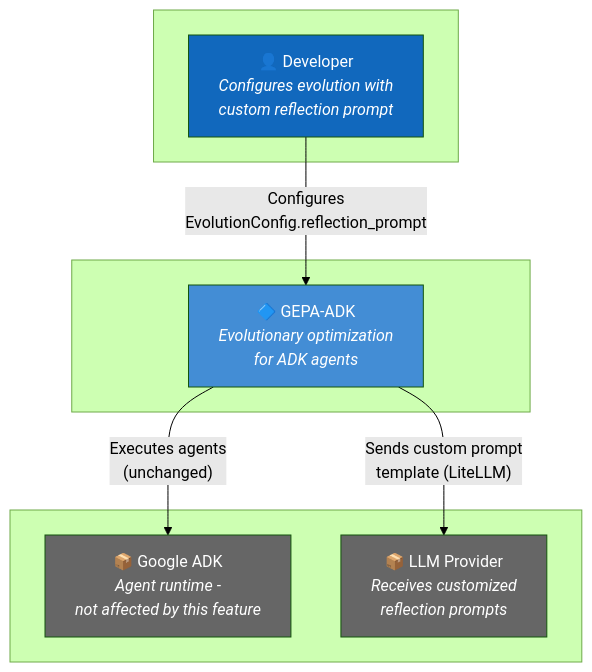
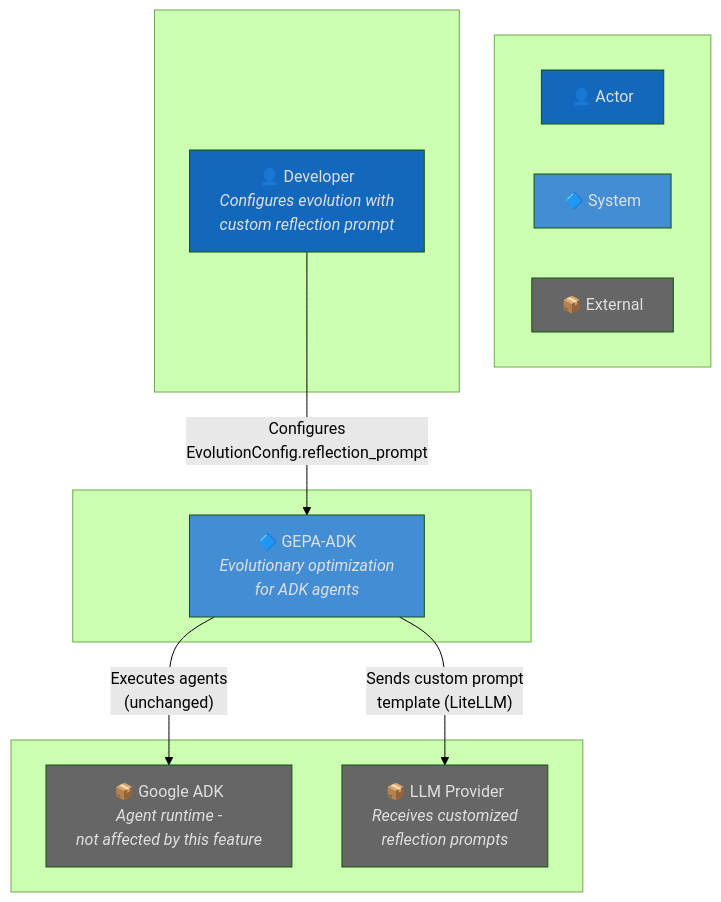
One commit to Alberto-Codes/gepa-adk changed the first of 9 diagrams in specs/032-reflection-prompt-config/architecture.md. Above: the diagram before and after it, drawn with Mermaid (forest theme). The commit also changed other lines of this file, not shown here.

Commit message:
feat(spec): enhance architecture documentation with updated constraints and color-coded diagrams for clarity

````diff
--- a/specs/032-reflection-prompt-config/architecture.md
+++ b/specs/032-reflection-prompt-config/architecture.md
@@ -53,24 +59,34 @@
 ```mermaid
 flowchart TB
+    subgraph Legend[" "]
+        direction LR
+        l1["👤 Actor"]
+        l2["🔷 System"]
+        l3["📦 External"]
+    end
+
     subgraph Actors[" "]
         user["👤 Developer<br/><i>Configures evolution with<br/>custom reflection prompt</i>"]
     end
 
     subgraph System[" "]
         gepa["🔷 GEPA-ADK<br/><i>Evolutionary optimization<br/>for ADK agents</i>"]
     end
 
     subgraph External[" "]
         adk["📦 Google ADK<br/><i>Agent runtime -<br/>not affected by this feature</i>"]
         llm["📦 LLM Provider<br/><i>Receives customized<br/>reflection prompts</i>"]
     end
 
     user -->|"Configures<br/>EvolutionConfig.reflection_prompt"| gepa
     gepa -->|"Sends custom prompt<br/>template (LiteLLM)"| llm
     gepa -->|"Executes agents<br/>(unchanged)"| adk
 
-    style gepa fill:#438DD5,color:#fff
-    style adk fill:#666666,color:#fff
-    style llm fill:#666666,color:#fff
-    style user fill:#1168BD,color:#fff
+    style l1 fill:#1168BD,color:#E0E0E0
+    style l2 fill:#438DD5,color:#E0E0E0
+    style l3 fill:#666666,color:#E0E0E0
+    style gepa fill:#438DD5,color:#E0E0E0
+    style adk fill:#666666,color:#E0E0E0
+    style llm fill:#666666,color:#E0E0E0
+    style user fill:#1168BD,color:#E0E0E0
 ```
````
